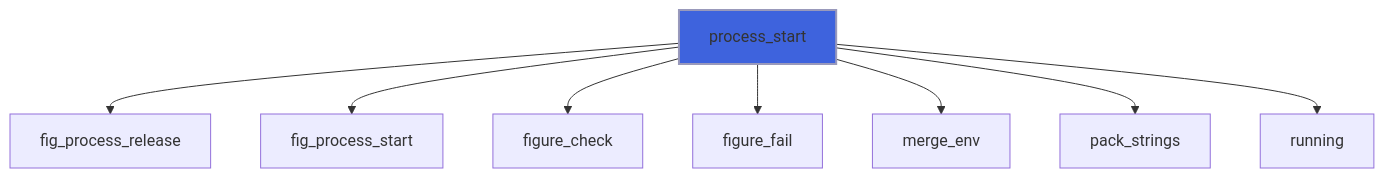
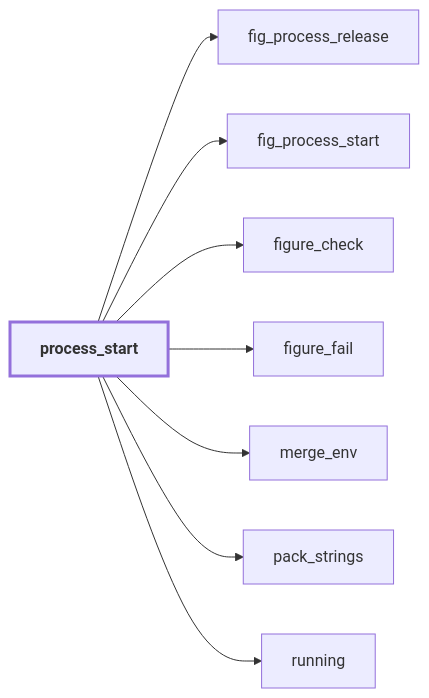
One commit to szaghi/figure changed the second of 16 diagrams in docs/api/src/lib/figure_process.md. Above: the diagram before and after it, drawn with Mermaid. The commit also changed other lines of this file and 54 other files, not shown here.

````diff
--- a/docs/api/src/lib/figure_process.md
+++ b/docs/api/src/lib/figure_process.md
@@ -164,11 +172,17 @@
 ```mermaid
-flowchart TD
+flowchart LR
   process_start["process_start"] --> fig_process_release["fig_process_release"]
   process_start["process_start"] --> fig_process_start["fig_process_start"]
   process_start["process_start"] --> figure_check["figure_check"]
   process_start["process_start"] --> figure_fail["figure_fail"]
   process_start["process_start"] --> merge_env["merge_env"]
   process_start["process_start"] --> pack_strings["pack_strings"]
   process_start["process_start"] --> running["running"]
-  style process_start fill:#3e63dd,stroke:#99b,stroke-width:2px
+  classDef focus stroke-width:3px,font-weight:bold
+  class process_start focus
+  click figure_fail href "figure_base.html#figure-fail" "figure_fail"
+  click fig_process_release href "figure_c_native.html#fig-process-release" "fig_process_release"
+  click pack_strings href "#pack-strings" "pack_strings"
+  click fig_process_start href "figure_c_native.html#fig-process-start" "fig_process_start"
+  click figure_check href "figure_base.html#figure-check" "figure_check"
 ```
````
